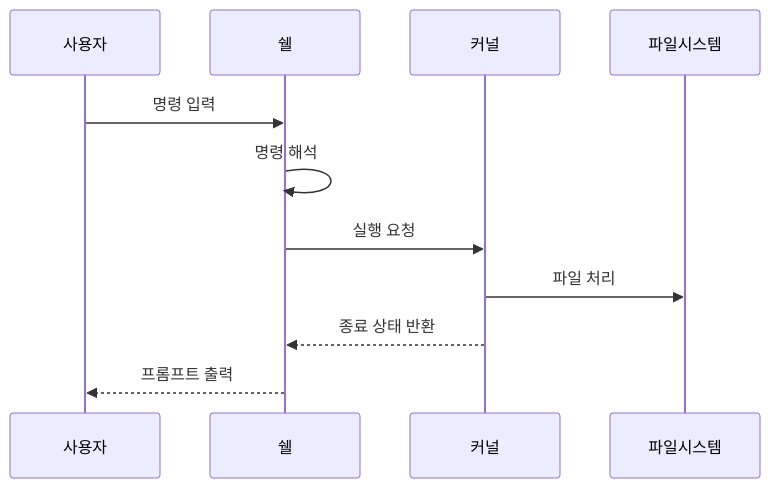
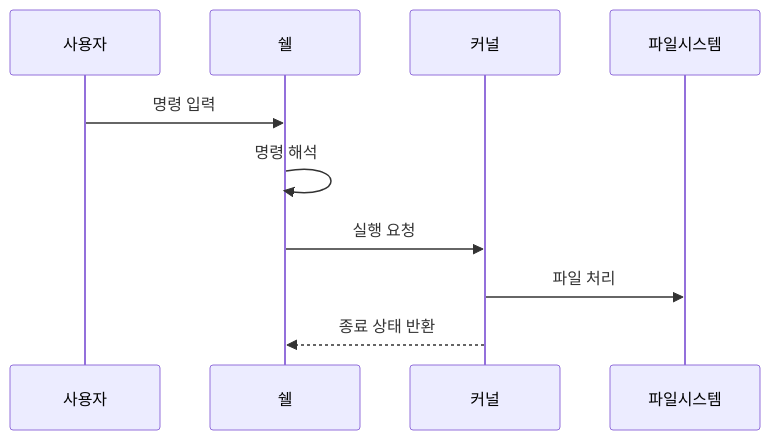
The second of 2 diagrams in src/content/docs/notes/03-software/023_unix_kernel_shell.md (agnusdei1207/knowledge-base), drawn with Mermaid before and after one commit. The commit also changed other lines of this file and 13 other files, not shown here.

````diff
--- a/src/content/docs/notes/03-software/023_unix_kernel_shell.md
+++ b/src/content/docs/notes/03-software/023_unix_kernel_shell.md
@@ -94,13 +94,12 @@
 ```mermaid
 sequenceDiagram
     participant U as 사용자
     participant S as 쉘
     participant K as 커널
     participant F as 파일시스템
     U->>S: 명령 입력
     S->>S: 명령 해석
     S->>K: 실행 요청
     K->>F: 파일 처리
     K-->>S: 종료 상태 반환
-    S-->>U: 프롬프트 출력
 ```
````
